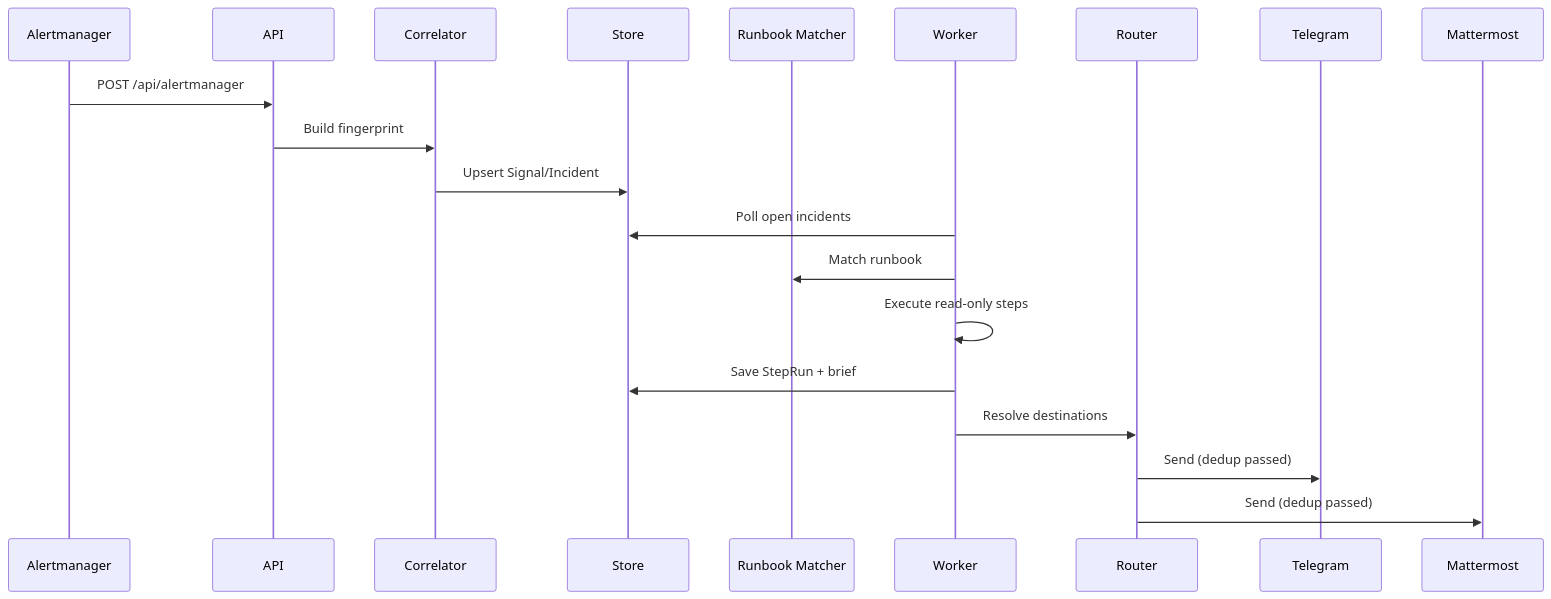
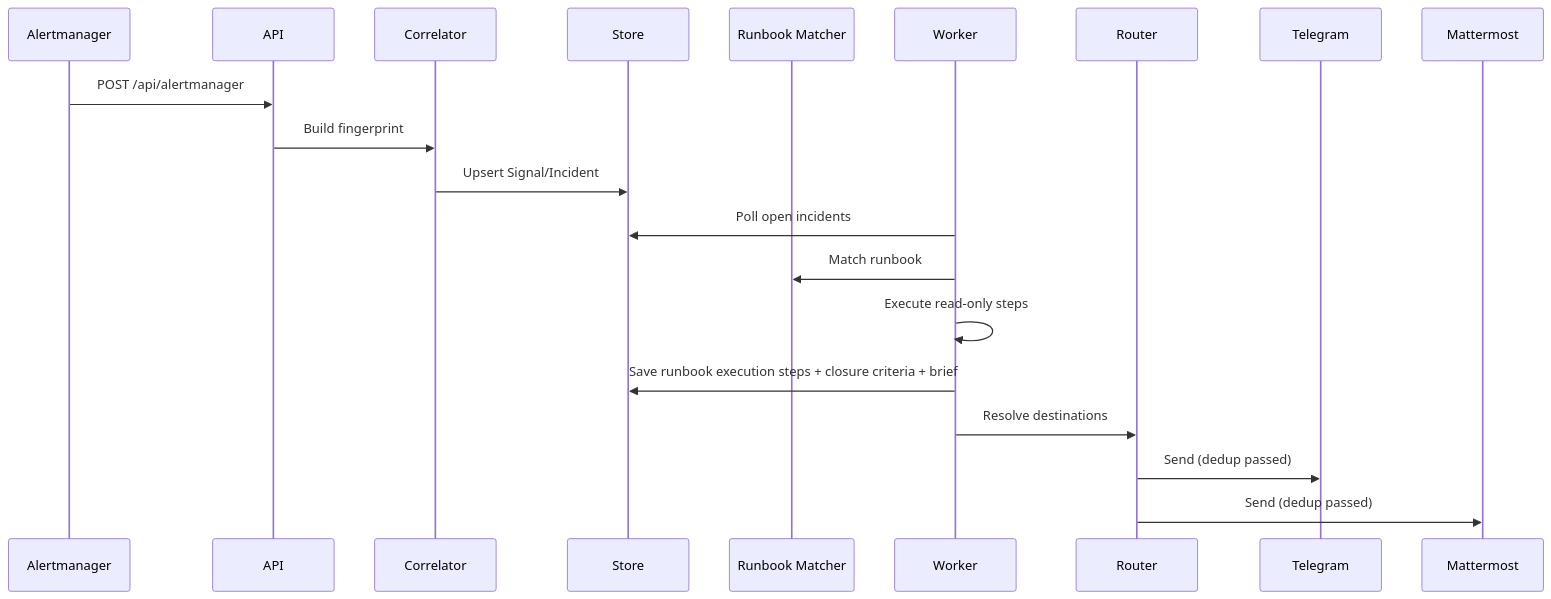
One commit to harchuk/runbook_hunter changed the second of 2 diagrams in README.md. Above: the diagram before and after it, drawn with Mermaid. The commit also changed other lines of this file and 38 other files, not shown here.

````diff
--- a/README.md
+++ b/README.md
@@ -41,22 +47,22 @@
 ```mermaid
 sequenceDiagram
   participant AM as Alertmanager
   participant API as API
   participant C as Correlator
   participant DB as Store
   participant RB as Runbook Matcher
   participant W as Worker
   participant R as Router
   participant TG as Telegram
   participant MM as Mattermost
   AM->>API: POST /api/alertmanager
   API->>C: Build fingerprint
   C->>DB: Upsert Signal/Incident
   W->>DB: Poll open incidents
   W->>RB: Match runbook
   W->>W: Execute read-only steps
-  W->>DB: Save StepRun + brief
+  W->>DB: Save runbook execution steps + closure criteria + brief
   W->>R: Resolve destinations
   R->>TG: Send (dedup passed)
   R->>MM: Send (dedup passed)
 ```
````
